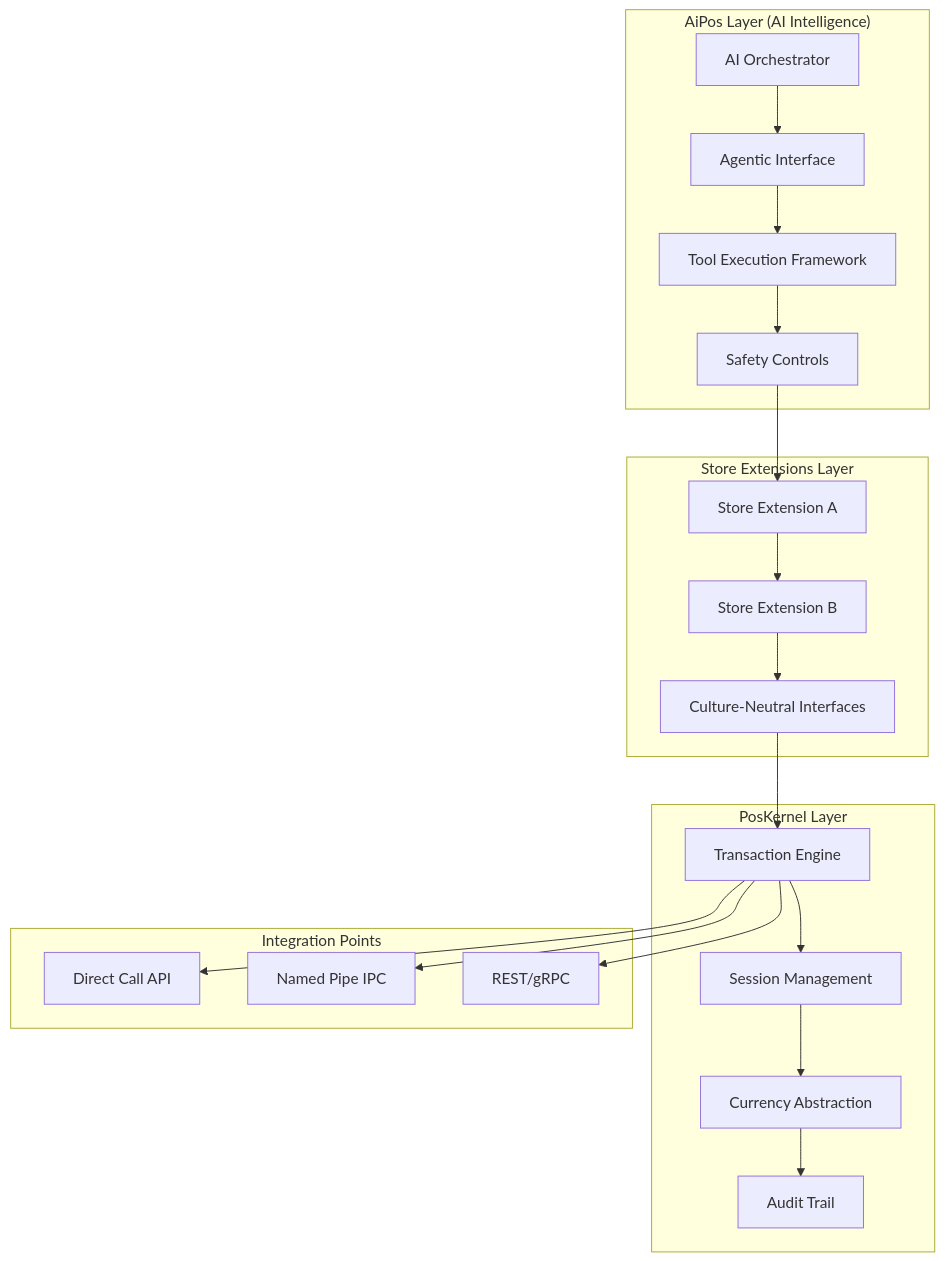
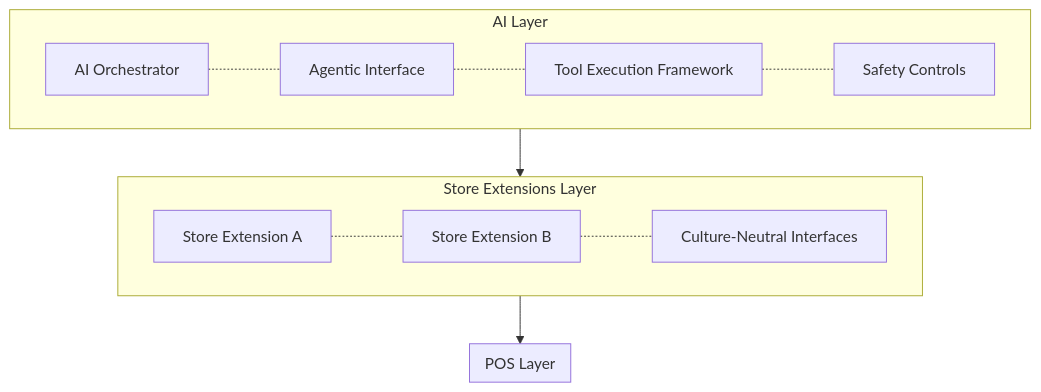
The second of 7 diagrams in PRESENTATION.md (paulmooreparks/AiPos), drawn with Mermaid before and after one commit. The commit also changed other lines of this file and 57 other files, not shown here.

````diff
--- a/PRESENTATION.md
+++ b/PRESENTATION.md
@@ -44,43 +44,30 @@
 ```mermaid
 graph TB
-    subgraph "AiPos Layer (AI Intelligence)"
+    subgraph AIL[AI Layer]
+        direction LR
         A[AI Orchestrator]
         B[Agentic Interface]
         C[Tool Execution Framework]
         D[Safety Controls]
     end
 
-    subgraph "Store Extensions Layer"
+    subgraph SEL[Store Extensions Layer]
+        direction LR
         E[Store Extension A]
         F[Store Extension B]
         G[Culture-Neutral Interfaces]
     end
 
-    subgraph "PosKernel Layer"
-        H[Transaction Engine]
-        I[Session Management]
-        J[Currency Abstraction]
-        K[Audit Trail]
+    subgraph POS[POS Layer]
     end
 
-    subgraph "Integration Points"
-        L[Direct Call API]
-        M[Named Pipe IPC]
-        N[REST/gRPC]
-    end
+    A -.- B
+    B -.- C
+    C -.- D
 
-    A --> B
-    B --> C
-    C --> D
-    D --> E
-    E --> F
-    F --> G
-    G --> H
-    H --> I
-    I --> J
-    J --> K
+    E -.- F
+    F -.- G
 
-    H --> L
-    H --> M
-    H --> N
+    AIL --> SEL
+    SEL --> POS
 ```
````
